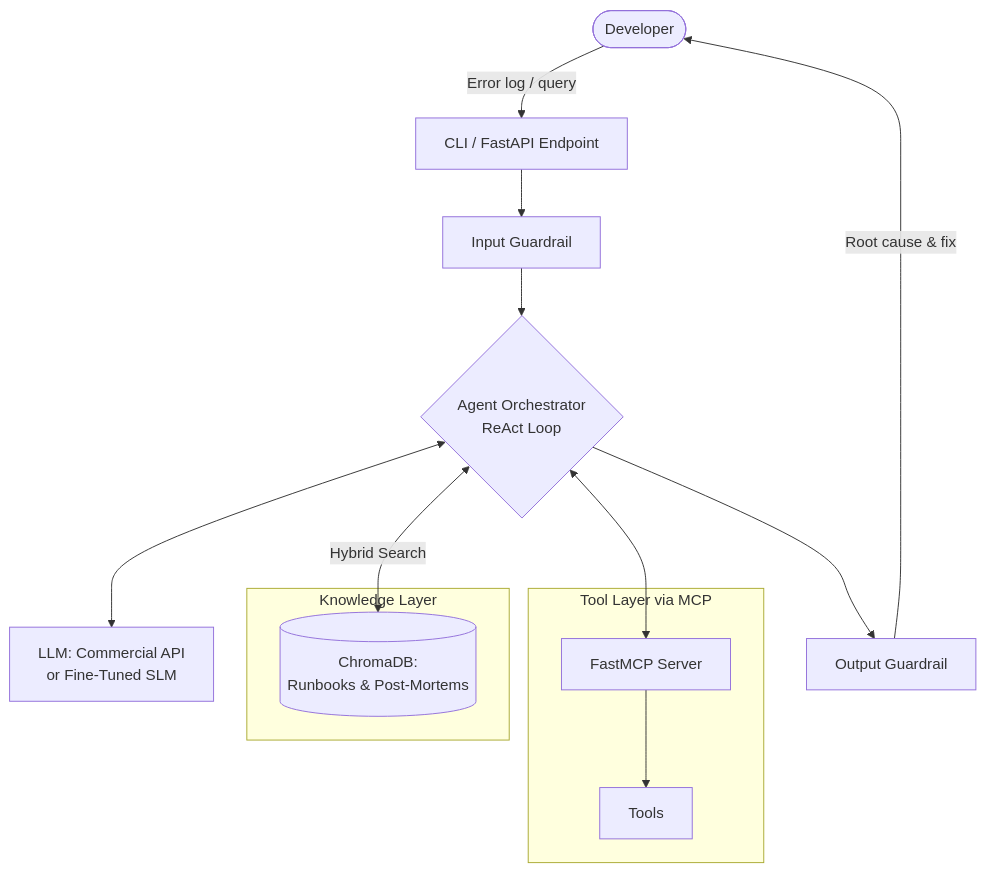
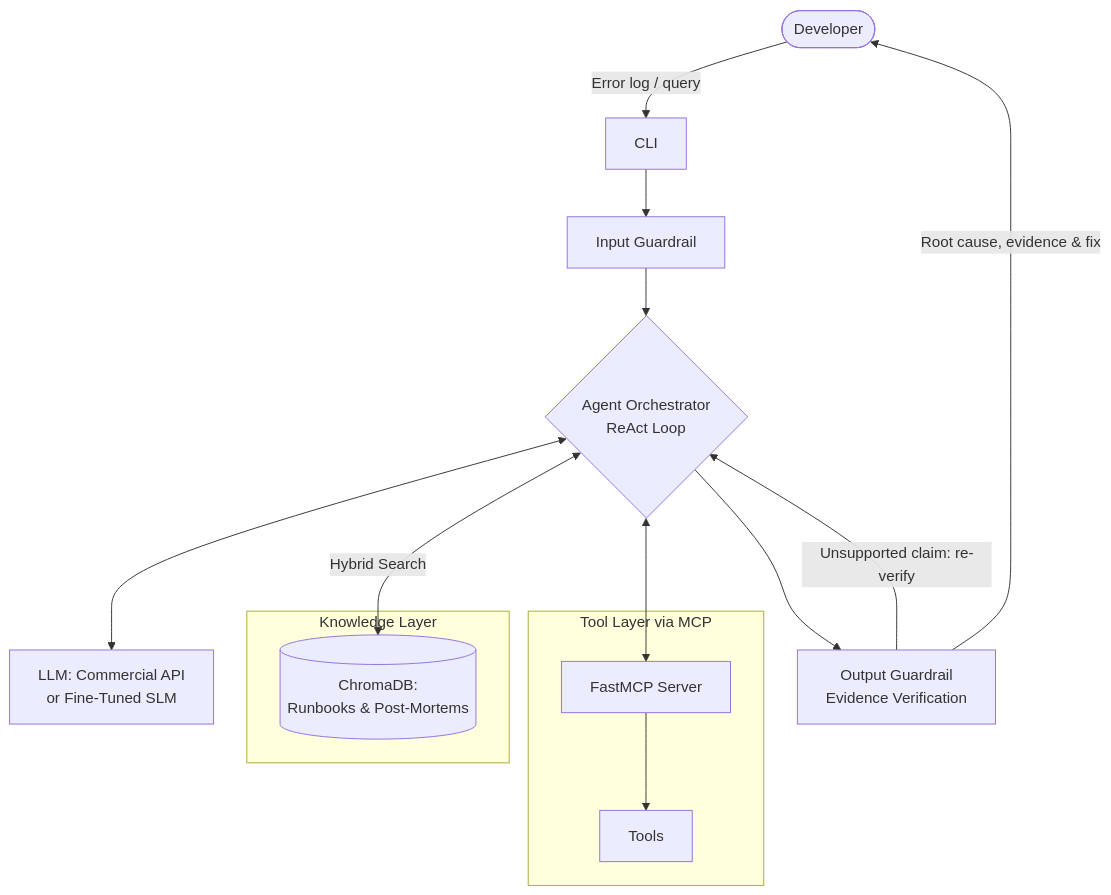
The first of 2 diagrams in docs/Architecture_and_Plan.md (dianatimis24/LLMs-project), drawn with Mermaid before and after one commit. The commit also changed other lines of this file and 11 other files, not shown here.

````diff
--- a/docs/Architecture_and_Plan.md
+++ b/docs/Architecture_and_Plan.md
@@ -9,22 +9,23 @@
 ```mermaid
 graph TD
-    User([Developer]) -->|Error log / query| UI[CLI / FastAPI Endpoint]
+    User([Developer]) -->|Error log / query| UI[CLI]
     UI --> GuardIn[Input Guardrail]
     GuardIn --> Orchestrator{Agent Orchestrator<br/>ReAct Loop}
 
     Orchestrator <--> LLM[LLM: Commercial API<br/>or Fine-Tuned SLM]
 
     subgraph Knowledge Layer
         Chroma[(ChromaDB:<br/>Runbooks & Post-Mortems)]
     end
     Orchestrator <-->|Hybrid Search| Chroma
 
     subgraph Tool Layer via MCP
         MCPServer[FastMCP Server]
         MCPServer --> Tools
     end
     Orchestrator <--> MCPServer
 
-    Orchestrator --> GuardOut[Output Guardrail]
-    GuardOut -->|Root cause & fix| User
+    Orchestrator --> GuardOut[Output Guardrail<br/>Evidence Verification]
+    GuardOut -->|Unsupported claim: re-verify| Orchestrator
+    GuardOut -->|Root cause, evidence & fix| User
 ```
````
